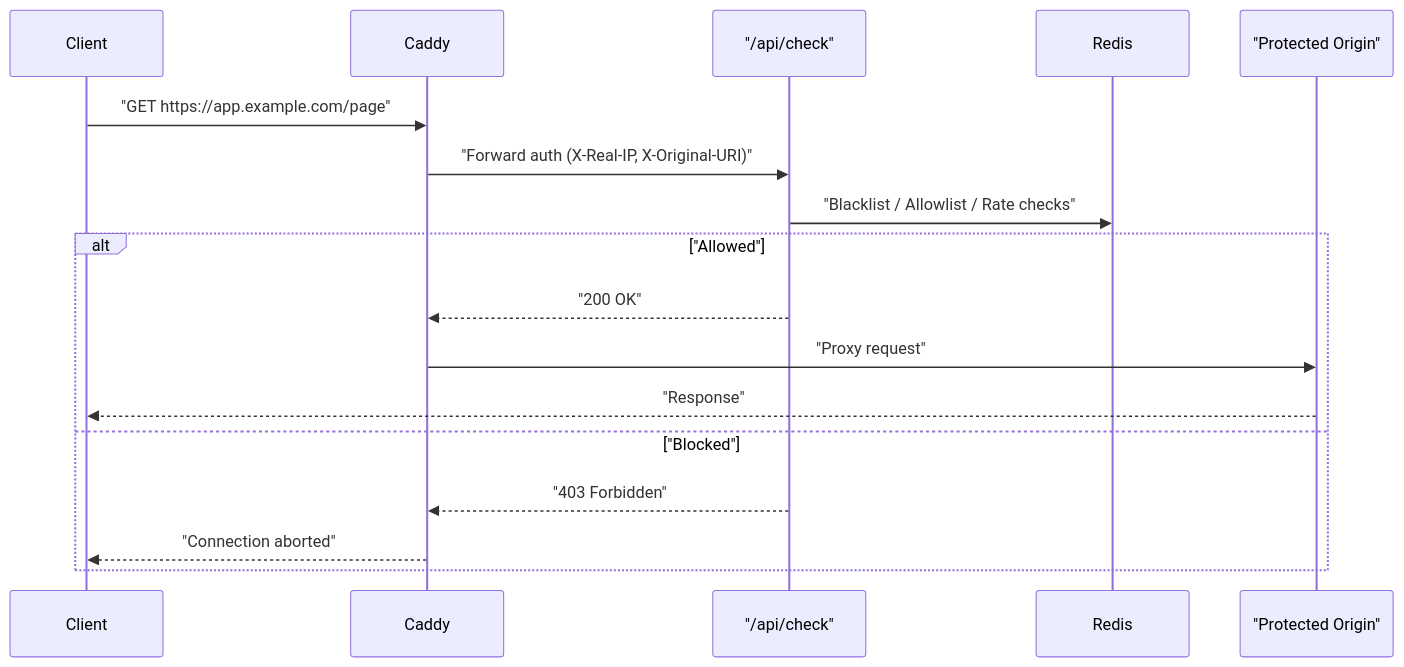
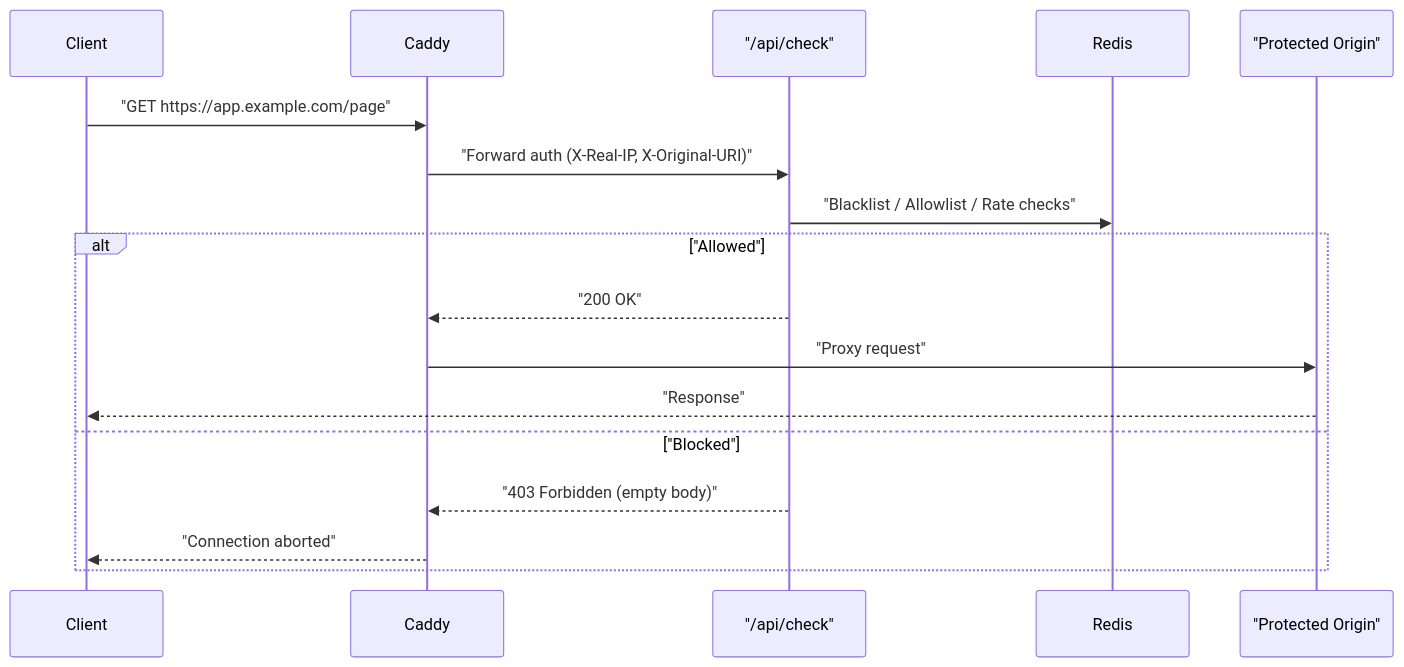
One commit to feralbureau/zerodrop changed the second of 2 diagrams in README.md. Above: the diagram before and after it, drawn with Mermaid. The commit also changed other lines of this file, not shown here.

````diff
--- a/README.md
+++ b/README.md
@@ -120,20 +125,20 @@
 ```mermaid
 sequenceDiagram
     participant Client
     participant Caddy
     participant WAF as "/api/check"
     participant Redis
     participant Origin as "Protected Origin"
 
     Client->>Caddy: "GET https://app.example.com/page"
     Caddy->>WAF: "Forward auth (X-Real-IP, X-Original-URI)"
     WAF->>Redis: "Blacklist / Allowlist / Rate checks"
     alt "Allowed"
         WAF-->>Caddy: "200 OK"
         Caddy->>Origin: "Proxy request"
         Origin-->>Client: "Response"
     else "Blocked"
-        WAF-->>Caddy: "403 Forbidden"
+        WAF-->>Caddy: "403 Forbidden (empty body)"
         Caddy-->>Client: "Connection aborted"
     end
 ```
````
